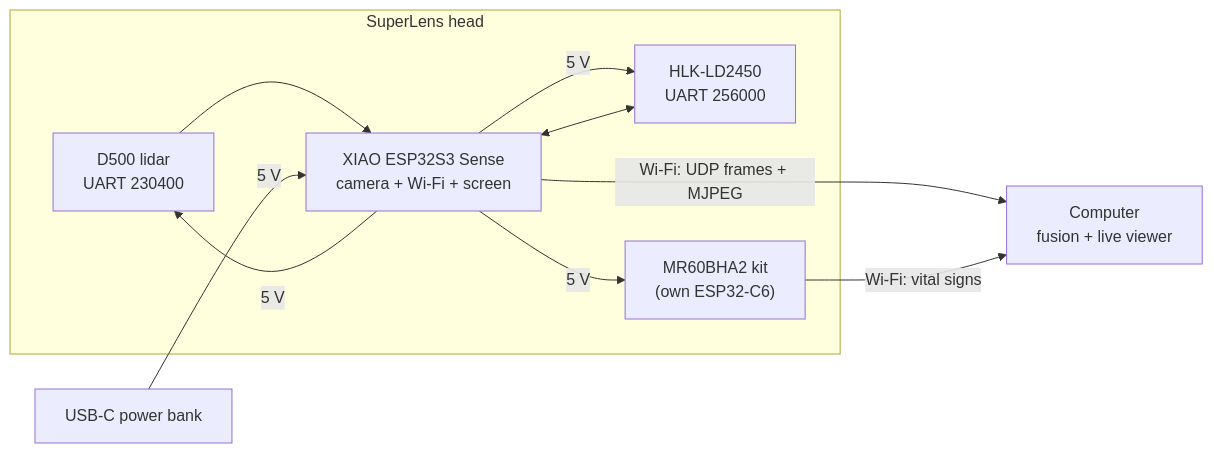
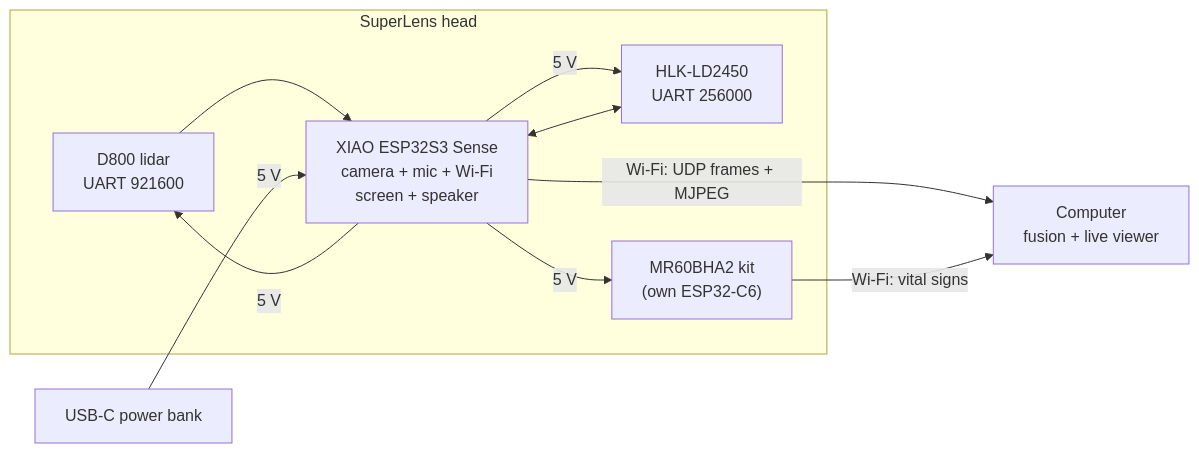
One commit to SebastienTr/Marvin changed the diagram in README.md. Above: the diagram before and after it, drawn with Mermaid. The commit also changed other lines of this file and 20 other files, not shown here.

First line of the commit message:
Rev D: microphone and speaker, D800 lidar as reference

````diff
--- a/README.md
+++ b/README.md
@@ -54,12 +56,12 @@
 ```mermaid
 flowchart LR
   subgraph Head["SuperLens head"]
-    LID["D500 lidar<br/>UART 230400"] --> ESP["XIAO ESP32S3 Sense<br/>camera + Wi-Fi + screen"]
+    LID["D800 lidar<br/>UART 921600"] --> ESP["XIAO ESP32S3 Sense<br/>camera + mic + Wi-Fi<br/>screen + speaker"]
     LD2450["HLK-LD2450<br/>UART 256000"] <--> ESP
     MR60["MR60BHA2 kit<br/>(own ESP32-C6)"]
   end
   Bank["USB-C power bank"] -->|5 V| ESP
   ESP -->|5 V| LID & LD2450 & MR60
   ESP -->|"Wi-Fi: UDP frames + MJPEG"| PC["Computer<br/>fusion + live viewer"]
   MR60 -->|"Wi-Fi: vital signs"| PC
 ```
````
